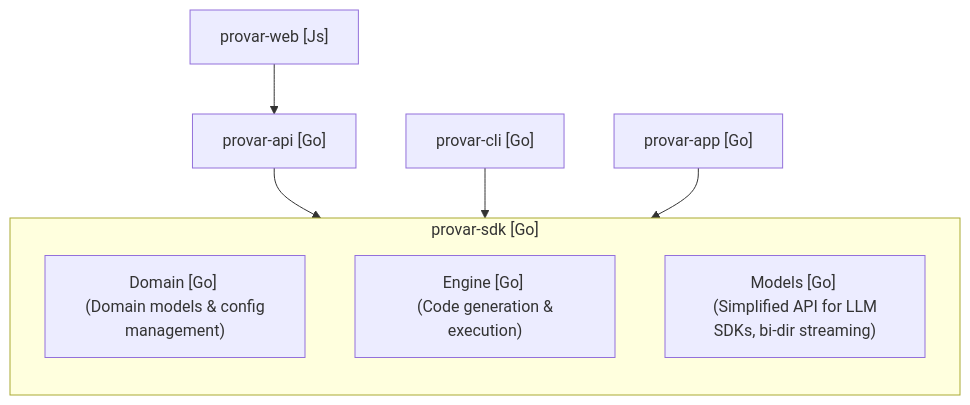
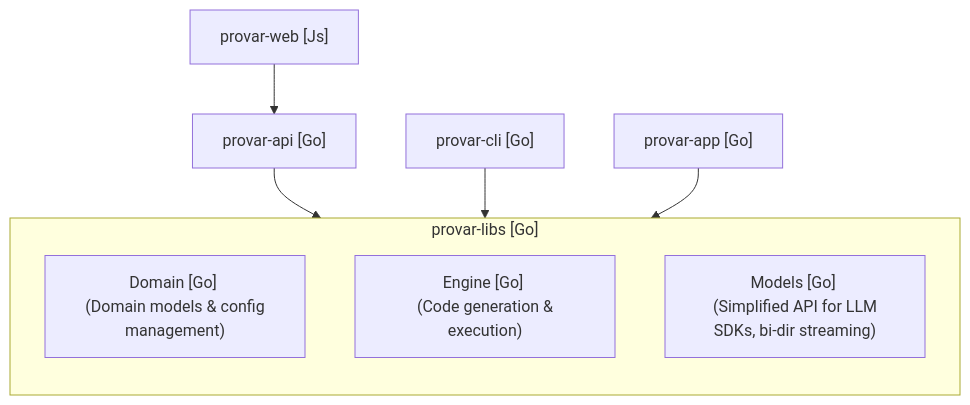
Before and after one commit to thani-sh/provar: the diagram in docs/SYSTEMS.md, drawn with Mermaid. The commit also changed other lines of this file and 39 other files, not shown here.

Commit message:
refactor: flatten sdk into libs and register each lib as a workspace

````diff
--- a/docs/SYSTEMS.md
+++ b/docs/SYSTEMS.md
@@ -24,19 +26,19 @@
 ```mermaid
 graph TD
     web["provar-web [Js]"]
     api["provar-api [Go]"]
     app["provar-app [Go]"]
     cli["provar-cli [Go]"]
-    
-    subgraph sdk["provar-sdk [Go]"]
+
+    subgraph libs["provar-libs [Go]"]
         direction TB
         domain["Domain [Go] <br> (Domain models & config management)"]
         engine["Engine [Go] <br> (Code generation & execution)"]
         models["Models [Go] <br> (Simplified API for LLM SDKs, bi-dir streaming)"]
     end
 
     web --> api
-    api --> sdk
-    cli --> sdk
-    app --> sdk
+    api --> libs
+    cli --> libs
+    app --> libs
 ```
````
